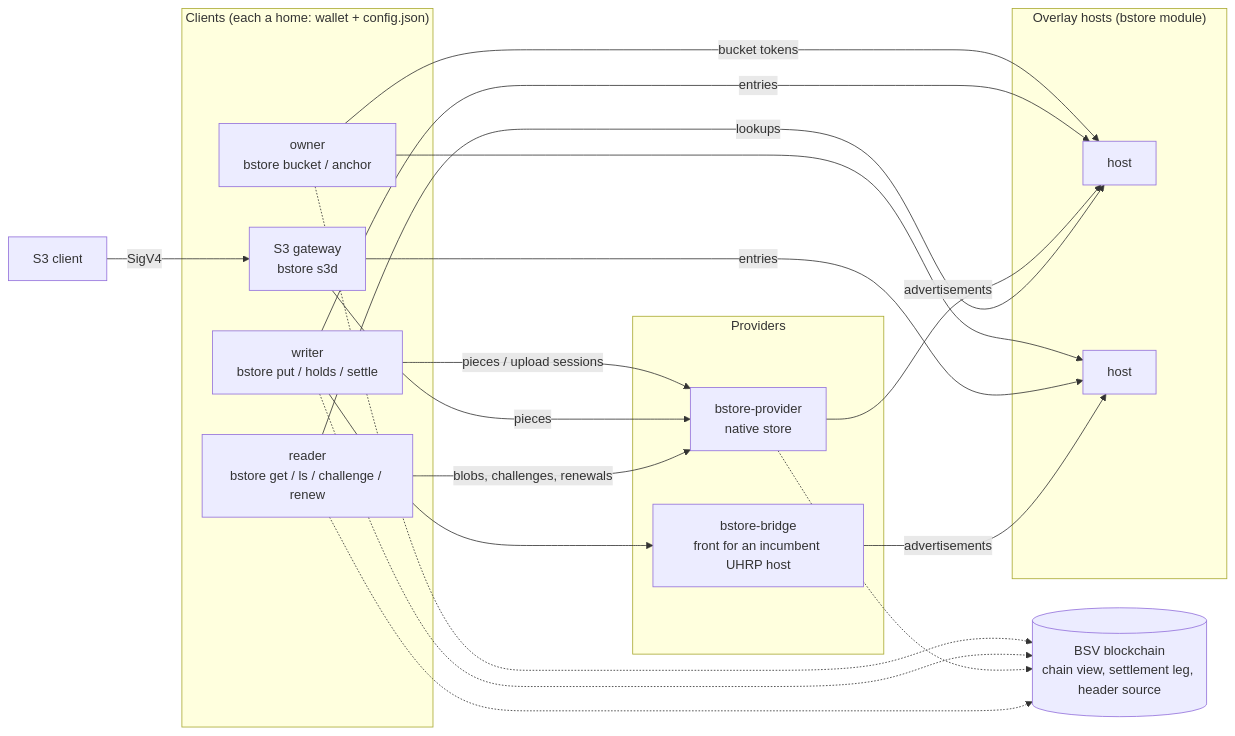
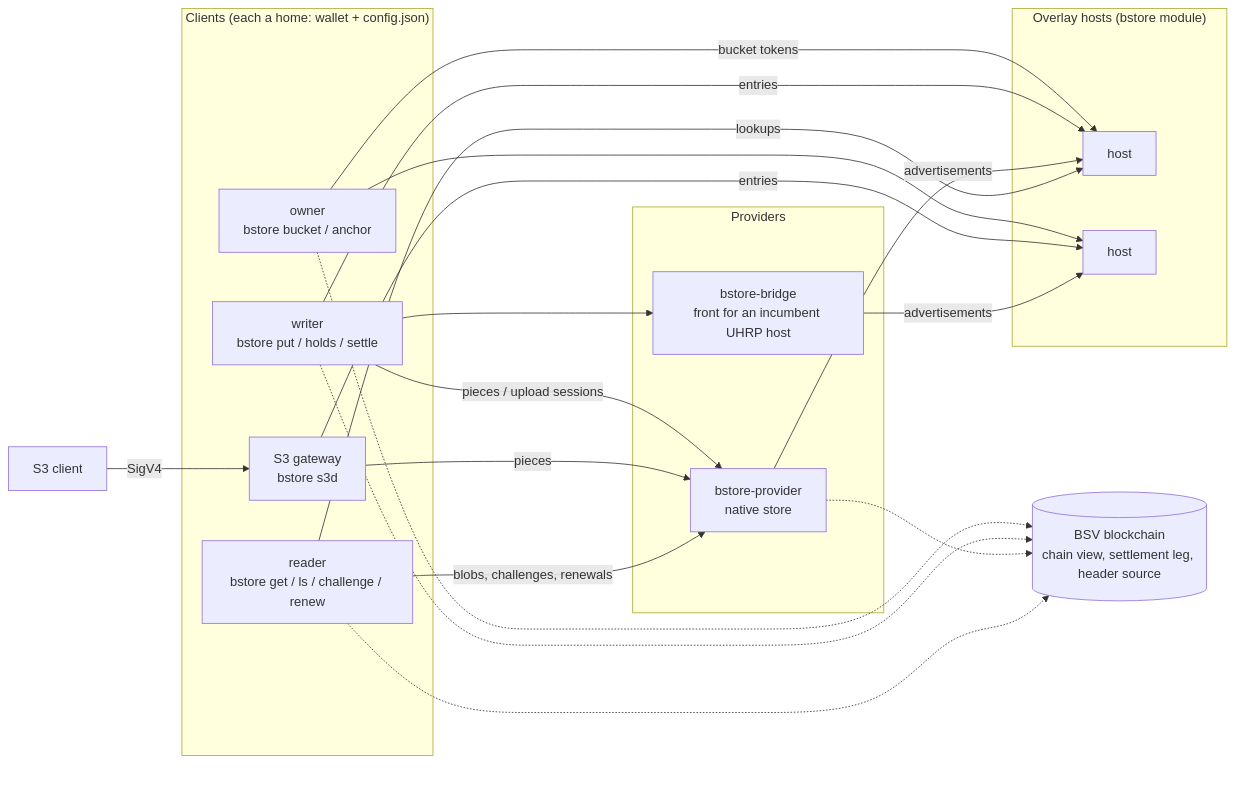
One commit to lightwebinc/bstore changed the diagram in docs/architecture.md. Above: the diagram before and after it, drawn with Mermaid. The commit also changed 1 other file, not shown here.

Commit message:
[Fix] diagrams: a spacer where the viewer's controls land
The rendered viewer places its zoom and pan panel over a flowchart's
bottom-right corner, and its mermaid build does not read diagramPadding
for flowcharts. An invisible node in the rightmost rank, below its last
node, is what the panel now covers.

````diff
--- a/docs/architecture.md
+++ b/docs/architecture.md
@@ -10,34 +10,39 @@
 ```mermaid
 flowchart LR
   subgraph clients["Clients (each a home: wallet + config.json)"]
     O["owner<br/>bstore bucket / anchor"]
     W["writer<br/>bstore put / holds / settle"]
     R["reader<br/>bstore get / ls / challenge / renew"]
     G["S3 gateway<br/>bstore s3d"]
   end
   S3["S3 client"] -->|"SigV4"| G
   subgraph overlay["Overlay hosts (bstore module)"]
     H1["host"]
     H2["host"]
   end
   subgraph providers["Providers"]
     P1["bstore-provider<br/>native store"]
     P2["bstore-bridge<br/>front for an incumbent UHRP host"]
   end
   O -->|"bucket tokens"| H1
   O --> H2
   W -->|"entries"| H1
   W -->|"pieces / upload sessions"| P1
   W --> P2
   G -->|"entries"| H2
   G -->|"pieces"| P1
   P1 -->|"advertisements"| H1
   P2 -->|"advertisements"| H2
   R -->|"lookups"| H1
   R -->|"blobs, challenges, renewals"| P1
   C[("BSV blockchain<br/>chain view, settlement leg, header source")]
   O -.-> C
   W -.-> C
   P1 -.-> C
   R -.-> C
+  %% The last node is an invisible spacer in the rightmost rank: the rendered
+  %% viewer places its zoom and pan controls over the bottom-right corner.
+  P1 ~~~ pad
+  pad["&nbsp;<br/>&nbsp;<br/>&nbsp;<br/>&nbsp;<br/>&nbsp;"]:::pad
+  classDef pad fill:none,stroke:none,color:transparent
 ```
````
